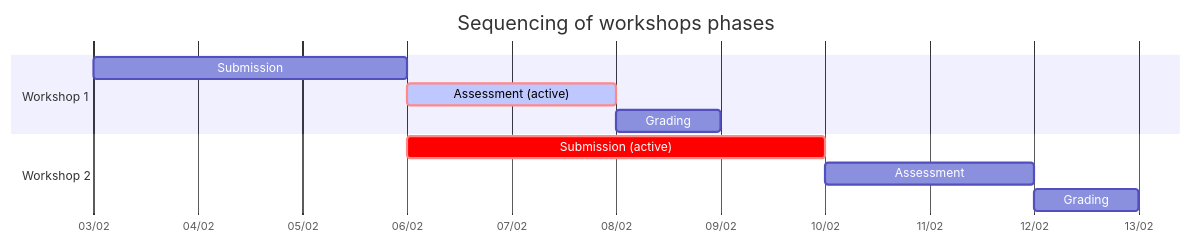
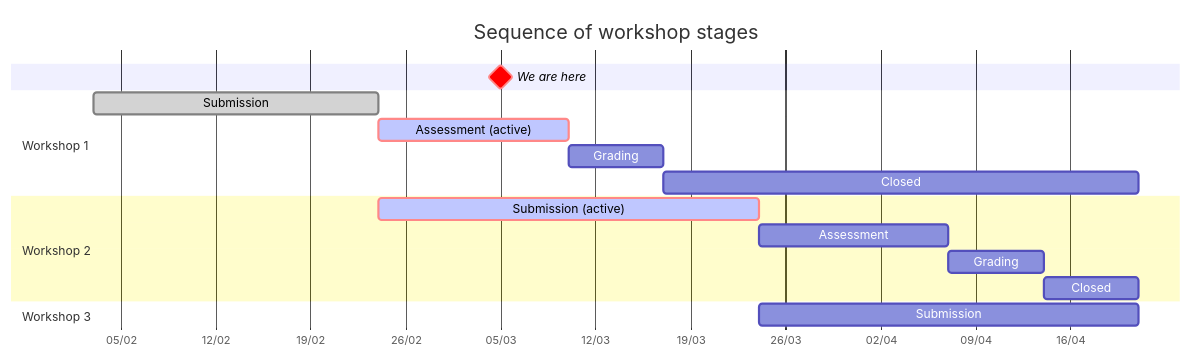
One commit to parisiam/scai-edu changed the diagram in manuals/workshop.md. Above: the diagram before and after it, drawn with Mermaid.

````diff
--- a/manuals/workshop.md
+++ b/manuals/workshop.md
@@ -20,17 +20,21 @@
 ```mermaid
 gantt
-    title Sequencing of workshops phases
+    title Sequence of workshop stages
     %% this is a comment
     dateFormat  D
     axisFormat %d/%m
-	todayMarker off
+   	todayMarker off
+    We are here : milestone, crit, after a1, 18d    
 	section Workshop 1
-	    Submission :a1, after a0, 3d
-    	Assessment (active) :active, crit, a2, after a1, 2d
-    	Grading :after a2, 1d
-    section Workshop 2
-	    Submission (active) :crit, b1, after a1, 4d
-    	Assessment :b2, after b1, 2d
-    	Grading :after b2, 1d
-
+	    Submission : done, a1, after a0, 3w
+    	Assessment (active) :active, crit, a2, after a1, 2w
+    	Grading :a3, after a2, 1w
+    	Closed :after a3, 5w
+  section Workshop 2
+    Submission (active) :active, crit, b1, after a1, 4w
+    Assessment :b2, after b1, 2w
+    Grading :b3, after b2, 1w
+    Closed :after b3, 1w
+  section Workshop 3
+    Submission:c1, after b1, 4w
 ```
````
